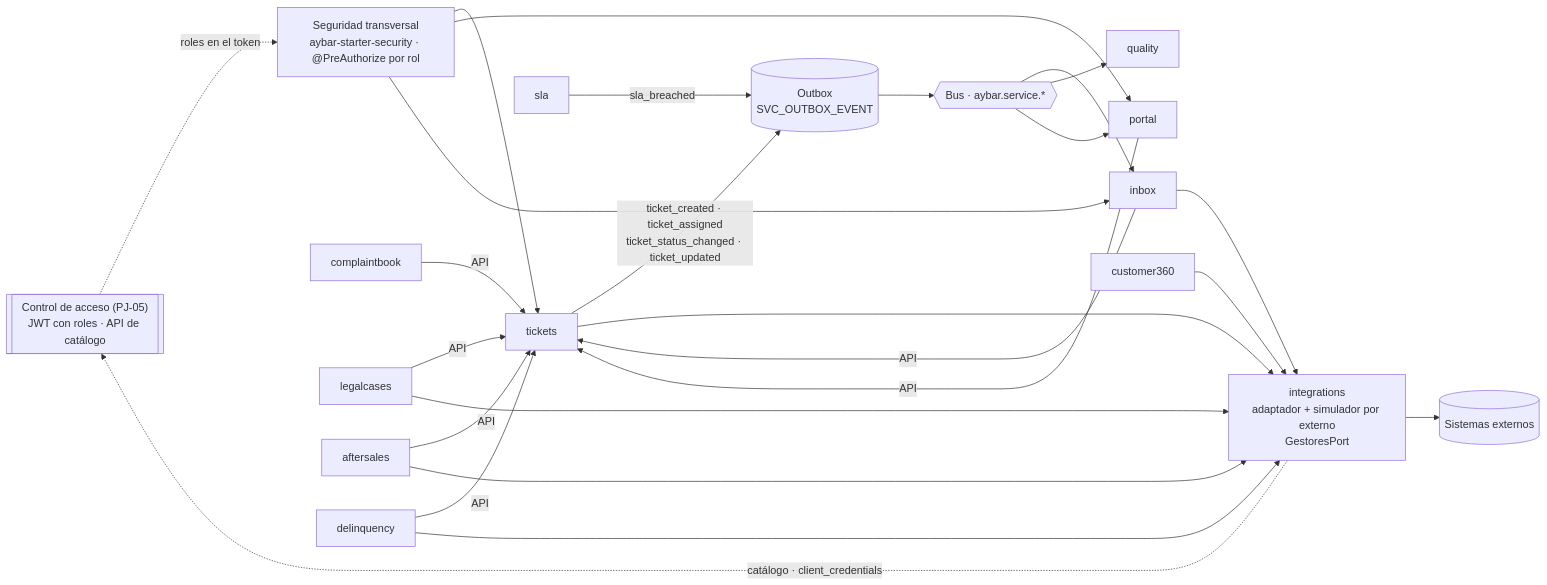
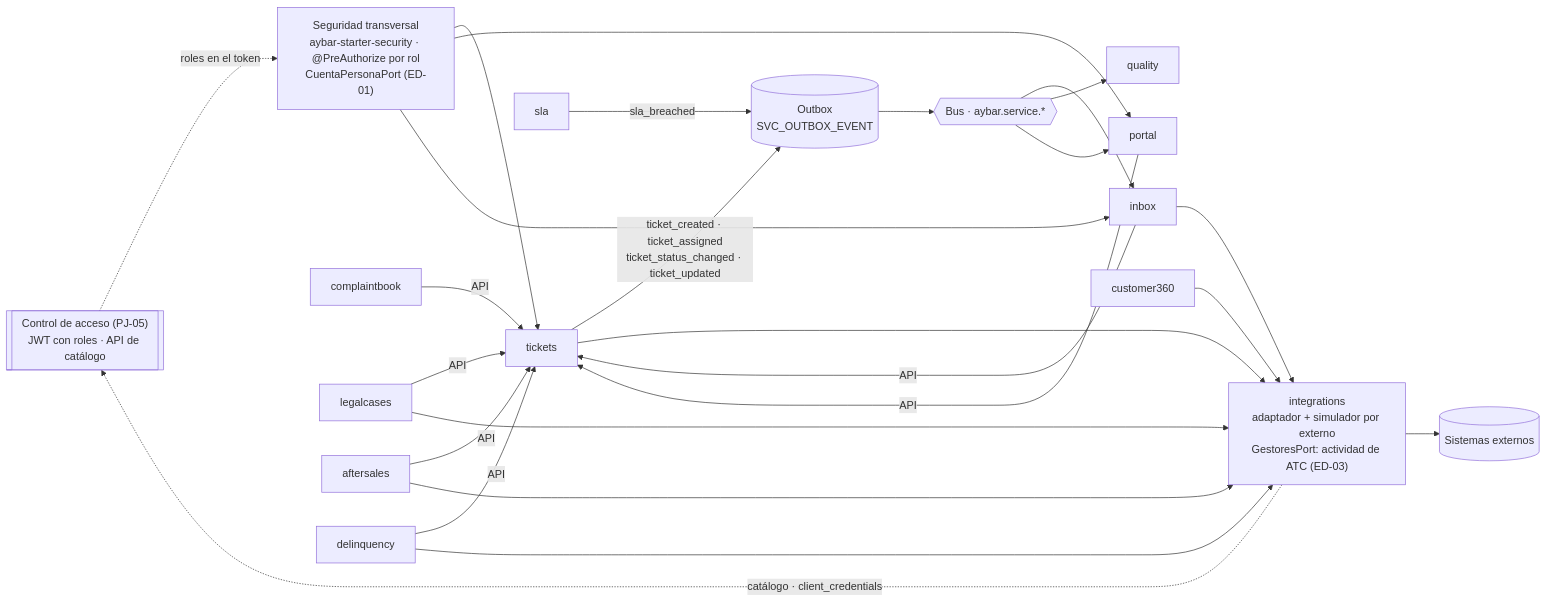
The diagram in propuesta-po/documentacion/paquete-definir-etapa1-v1.3/arquitectura/modulos.mmd (michel-poma-huachihuaco/tyc-mockup), drawn with Mermaid before and after one commit. The commit also changed 69 other files, not shown here.

```diff
--- a/propuesta-po/documentacion/paquete-definir-etapa1-v1.3/arquitectura/modulos.mmd
+++ b/propuesta-po/documentacion/paquete-definir-etapa1-v1.3/arquitectura/modulos.mmd
@@ -1,42 +1,43 @@
 flowchart LR
   ctrl[["Control de acceso (PJ-05)<br/>JWT con roles · API de catálogo"]]
-  sec["Seguridad transversal<br/>aybar-starter-security · @PreAuthorize por rol"]
+  sec["Seguridad transversal<br/>aybar-starter-security · @PreAuthorize por rol<br/>CuentaPersonaPort (ED-01)"]
   tickets[tickets]
   sla[sla]
   cbook[complaintbook]
   lcases[legalcases]
   aftersales[aftersales]
   portal[portal]
   quality[quality]
   inbox[inbox]
   c360[customer360]
   delinq[delinquency]
-  integ["integrations<br/>adaptador + simulador por externo<br/>GestoresPort"]
+  integ["integrations<br/>adaptador + simulador por externo<br/>GestoresPort: actividad de ATC (ED-03)"]
   outbox[("Outbox<br/>SVC_OUTBOX_EVENT")]
   bus{{"Bus · aybar.service.*"}}
   ctrl -. "roles en el token" .-> sec
   sec --> tickets
   sec --> portal
   sec --> inbox
   integ -. "catálogo · client_credentials" .-> ctrl
   portal -- API --> tickets
   cbook -- API --> tickets
   lcases -- API --> tickets
   aftersales -- API --> tickets
   delinq -- API --> tickets
   inbox -- API --> tickets
   tickets -- "ticket_created · ticket_assigned<br/>ticket_status_changed · ticket_updated" --> outbox
   sla -- sla_breached --> outbox
   outbox --> bus
   bus --> inbox
   bus --> quality
   bus --> portal
   c360 --> integ
   delinq --> integ
   lcases --> integ
   aftersales --> integ
   tickets --> integ
   inbox --> integ
   integ --> ext[(Sistemas externos)]
 %% Generado por IA (Claude, 2026-10-22), versión base v1 de Nexora; actualizado con DT-03 y ADR-001: sin módulo identidad y módulos en inglés. — Revisado por: (pendiente)
 %% Historial: 0.3 · 2026-10-26 · Brayan Hurtado, con IA · eventos por el outbox con los tópicos del SDK (ADR-013); seguridad transversal con roles del token; integrations con GestoresPort y el registro del catálogo en Control de acceso (ADR-009)
+%% Historial: 0.4 · 2026-10-26 · Brayan Hurtado, con IA · decisiones del equipo de analisis/decisiones.md v0.7: CuentaPersonaPort en la seguridad transversal (ED-01) y GestoresPort con datos de ATC (ED-03)
```
